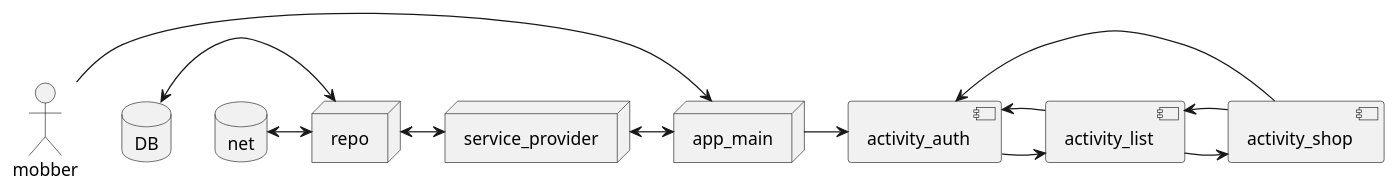
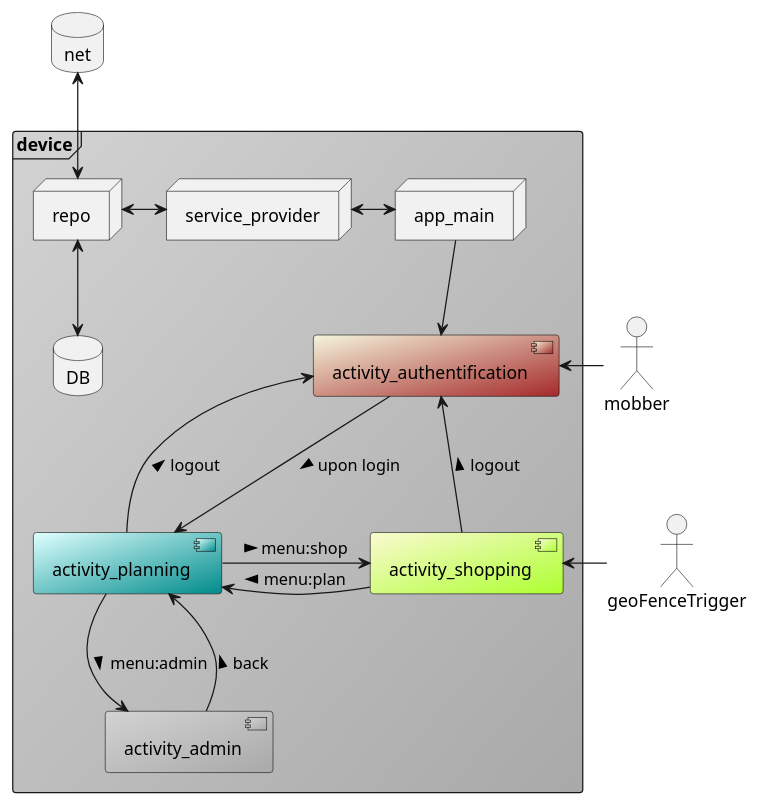
One commit to fwornle/ShopMob changed the diagram in doc/puml/architecture_main.md. Above: the diagram before and after it, drawn with PlantUML. The commit also changed 1 other file, not shown here.

Commit message:
update navigation UML

````diff
--- a/doc/puml/architecture_main.md
+++ b/doc/puml/architecture_main.md
@@ -1,25 +1,42 @@
 ```plantuml
 @startuml component
-component activity_auth
-component activity_list
-component activity_shop
+
 actor mobber
-node app_main
-node service_provider
-node repo
-database DB
+actor geoFenceTrigger
 database net
 
-mobber -> app_main
-DB <-> repo
-net <-> repo
-repo <-> service_provider
-service_provider <-> app_main
-app_main -> activity_auth
-activity_auth -> activity_list
-activity_auth <- activity_list
-activity_list -> activity_shop
-activity_list <- activity_shop
-activity_shop -> activity_auth
+frame "device" #lightgray/darkgray {
+
+    node app_main
+    node service_provider
+    node repo
+    database DB
+
+    component activity_authentification #beige/brown
+    component activity_planning #Lightcyan/Darkcyan
+    component activity_shopping #LightGoldenRodYellow/GreenYellow
+    component activity_admin #Lightgrey/Darkgray
+
+    DB <-up-> repo
+    repo <-right-> service_provider
+    service_provider <-right-> app_main
+    app_main -down-> activity_authentification
+    
+    activity_authentification -down-> activity_planning : upon login >
+    activity_authentification <-right- activity_planning : logout <
+    
+    activity_planning -> activity_shopping : menu:shop >
+    activity_planning <- activity_shopping : menu:plan <
+    
+    activity_shopping -> activity_authentification : logout >
+    
+    activity_planning -down-> activity_admin : menu:admin >
+    activity_admin -down-> activity_planning : back >
+}
+
+mobber -left-> activity_authentification
+geoFenceTrigger -left-> activity_shopping
+net <-down-> repo
+
 @enduml
 ```
````
